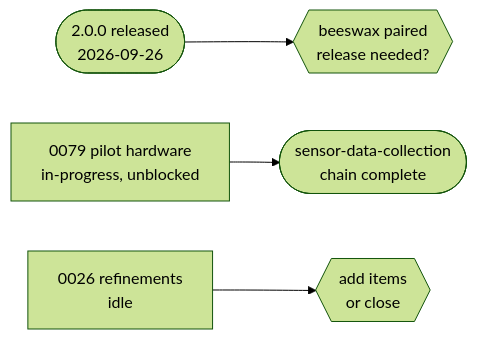
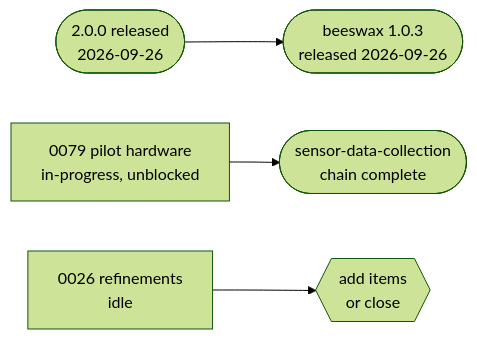
Before and after one commit to deburca/hivelog: the diagram in docs/project-management/roadmap.md, drawn with Mermaid (forest theme). The commit also changed other lines of this file and 1 other file, not shown here.

First line of the commit message:
docs: correct 0131 factual error, record beeswax 1.0.3 release

````diff
--- a/docs/project-management/roadmap.md
+++ b/docs/project-management/roadmap.md
@@ -128,6 +140,6 @@
 ```mermaid
 flowchart LR
-  Rel(["2.0.0 released<br/>2026-09-26"]) --> Bees{{"beeswax paired<br/>release needed?"}}
+  Rel(["2.0.0 released<br/>2026-09-26"]) --> Bees(["beeswax 1.0.3<br/>released 2026-09-26"])
   T79["0079 pilot hardware<br/>in-progress, unblocked"] --> Sensors(["sensor-data-collection<br/>chain complete"])
   T26["0026 refinements<br/>idle"] --> Decide{{"add items<br/>or close"}}
 ```
````
